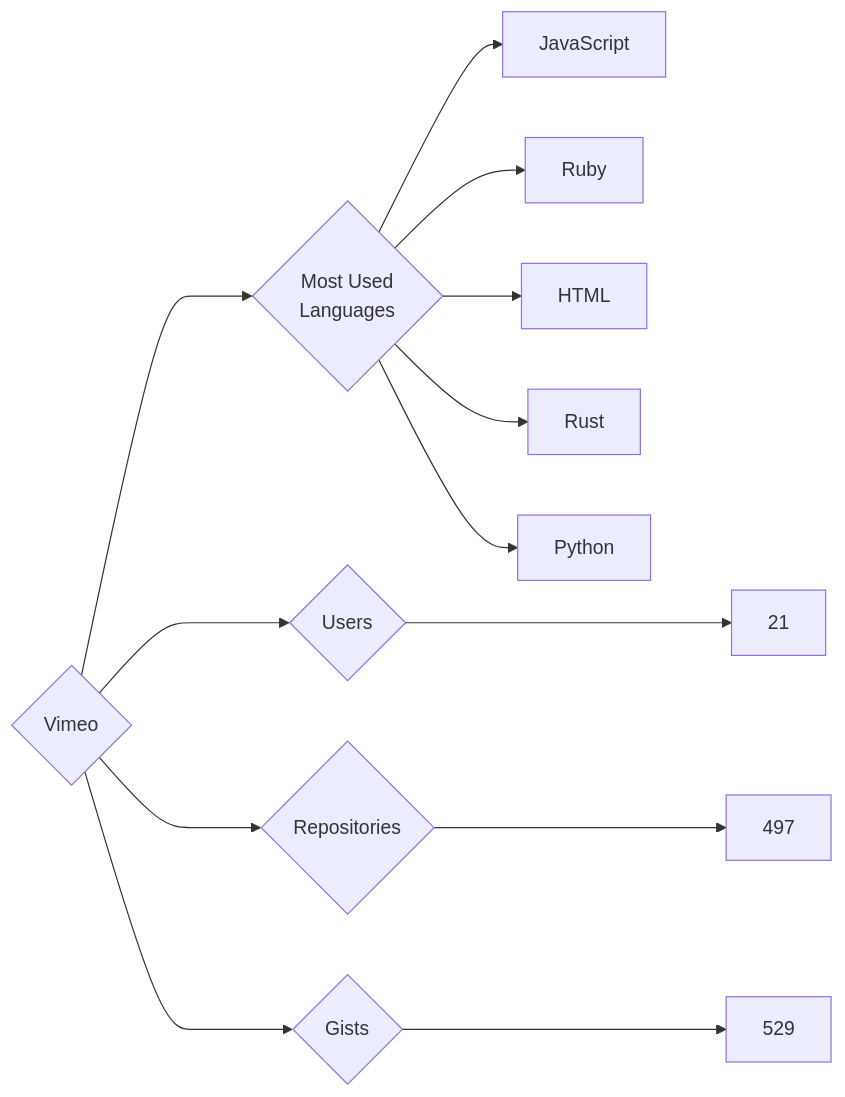
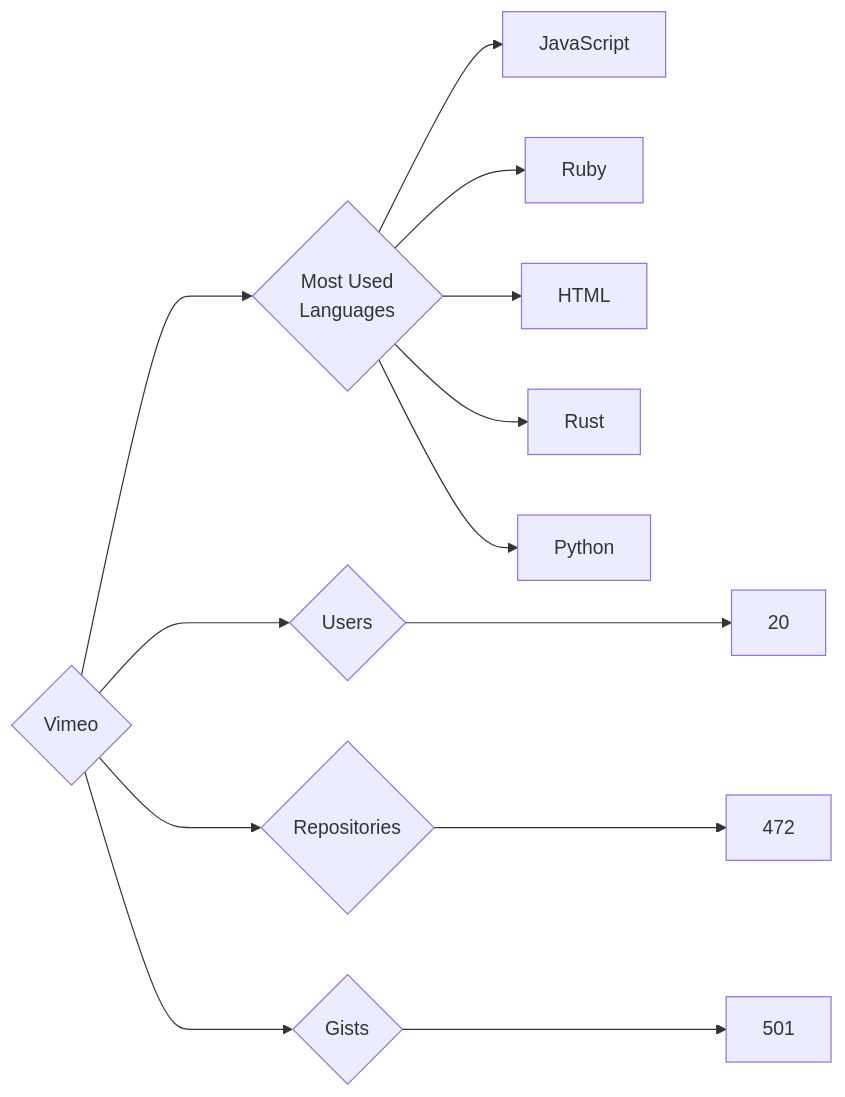
Before and after one commit to trickest/insiders: the diagram in targets/Vimeo/README.md, drawn with Mermaid. The commit also changed 965 other files, not shown here.

````diff
--- a/targets/Vimeo/README.md
+++ b/targets/Vimeo/README.md
@@ -3,13 +3,13 @@
 ```mermaid
 graph LR
 COMPANY_NAME{Vimeo}
-COMPANY_NAME ---> U{Users} ---> UN[21]
-COMPANY_NAME ---> R{Repositories} ---> RN[497]
-COMPANY_NAME ---> G{Gists} ---> GN[529]
+COMPANY_NAME ---> U{Users} ---> UN[20]
+COMPANY_NAME ---> R{Repositories} ---> RN[472]
+COMPANY_NAME ---> G{Gists} ---> GN[501]
 COMPANY_NAME ---> ML{Most Used<br>Languages}
 ML --> JavaScript[JavaScript]
 ML --> Ruby[Ruby]
 ML --> HTML[HTML]
 ML --> Rust[Rust]
 ML --> Python[Python]
 ```
````
